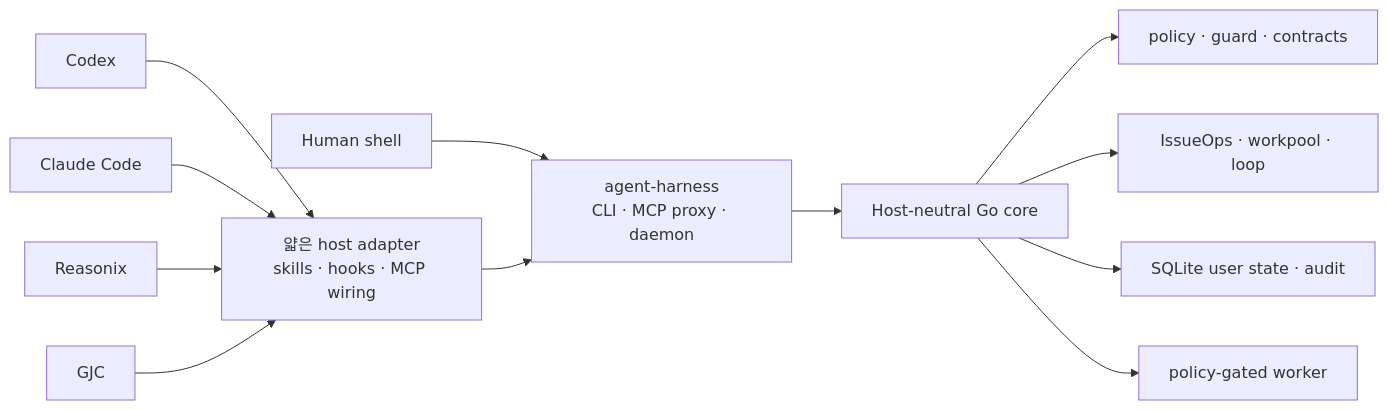
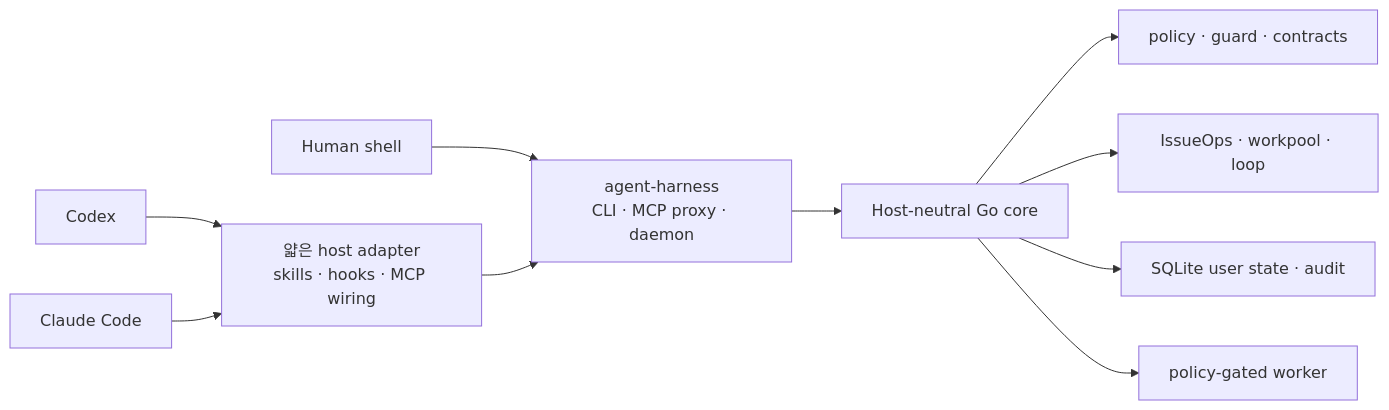
The diagram in README.md (m16khb-org/agent-harness), drawn with Mermaid before and after one commit. The commit also changed other lines of this file and 378 other files, not shown here.

````diff
--- a/README.md
+++ b/README.md
@@ -73,14 +71,12 @@
 ```mermaid
 flowchart LR
     Codex["Codex"] --> Host["얇은 host adapter<br/>skills · hooks · MCP wiring"]
     Claude["Claude Code"] --> Host
-    Reasonix["Reasonix"] --> Host
-    GJC["GJC"] --> Host
     Shell["Human shell"] --> Surface["agent-harness<br/>CLI · MCP proxy · daemon"]
     Host --> Surface
     Surface --> Core["Host-neutral Go core"]
     Core --> Policy["policy · guard · contracts"]
     Core --> Flow["IssueOps · workpool · loop"]
     Core --> State["SQLite user state · audit"]
     Core --> Worker["policy-gated worker"]
 ```
````
